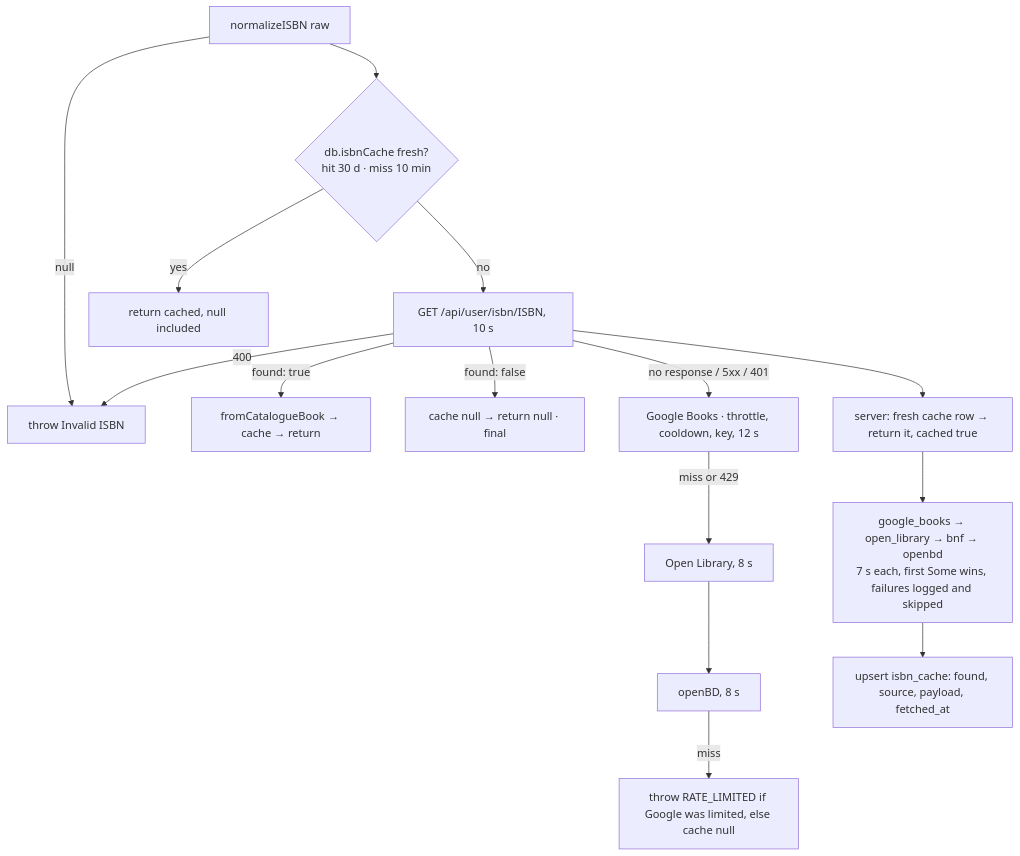
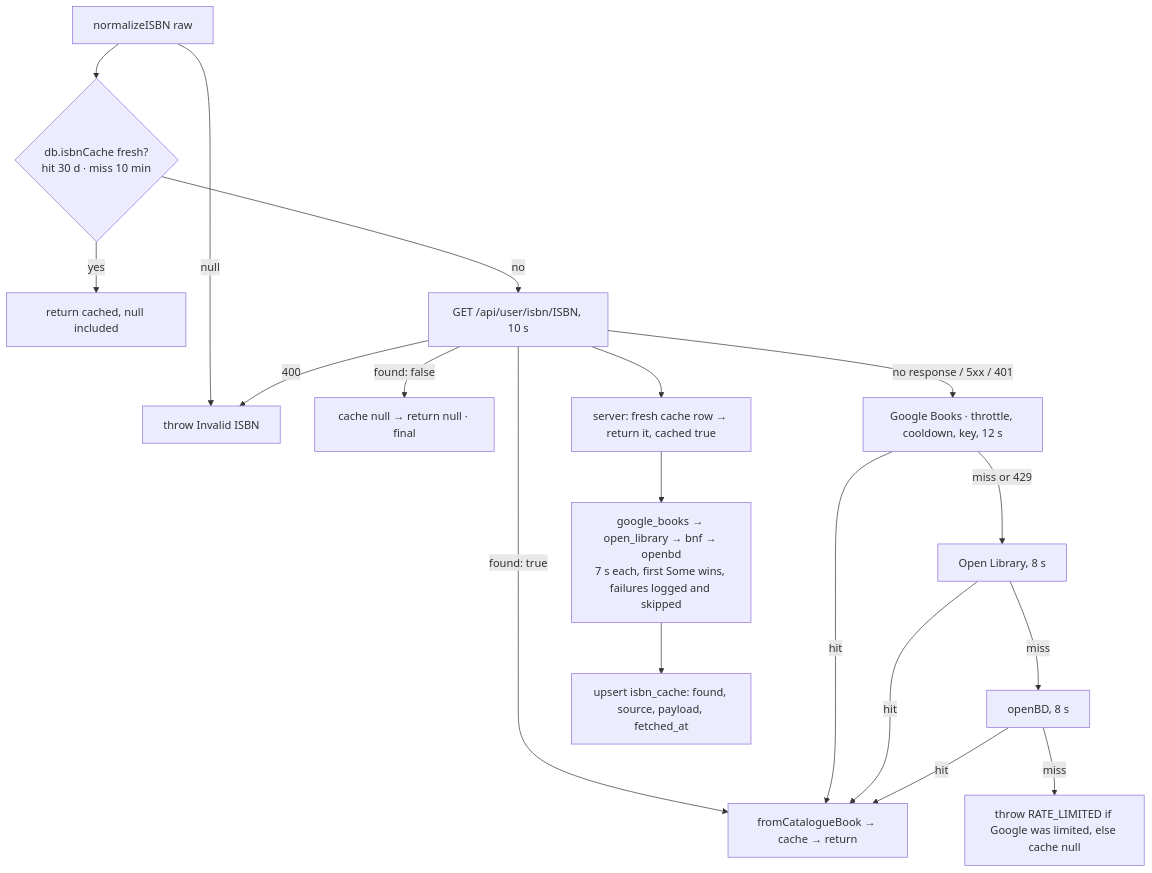
One commit to Dim145/MangaCollector changed the second of 3 diagrams in docs/modules/scan.md. Above: the diagram before and after it, drawn with Mermaid.

Commit message:
docs(scan): the browser fallback's diagram shows where a hit exits
Each of the three direct catalogues could already return a book; the
flow only drew the miss path, so it read as if the chain always ran to
the end.

````diff
--- a/docs/modules/scan.md
+++ b/docs/modules/scan.md
@@ -123,16 +123,19 @@
 ```mermaid
 flowchart TD
   A[normalizeISBN raw] -- null --> X[throw Invalid ISBN]
   A --> B{db.isbnCache fresh?<br/>hit 30 d · miss 10 min}
   B -- yes --> Z[return cached, null included]
   B -- no --> C[GET /api/user/isbn/ISBN, 10 s]
   C -- 400 --> X
   C -- "found: true" --> D[fromCatalogueBook → cache → return]
   C -- "found: false" --> E[cache null → return null · final]
   C -- "no response / 5xx / 401" --> F[Google Books · throttle, cooldown, key, 12 s]
-  F -- miss or 429 --> I[Open Library, 8 s] --> J[openBD, 8 s]
+  F -- hit --> D
+  F -- miss or 429 --> I[Open Library, 8 s] -- miss --> J[openBD, 8 s]
+  I -- hit --> D
+  J -- hit --> D
   J -- miss --> K[throw RATE_LIMITED if Google was limited, else cache null]
   C --> S[server: fresh cache row → return it, cached true]
   S --> T[google_books → open_library → bnf → openbd<br/>7 s each, first Some wins, failures logged and skipped]
   T --> U[upsert isbn_cache: found, source, payload, fetched_at]
 ```
````
